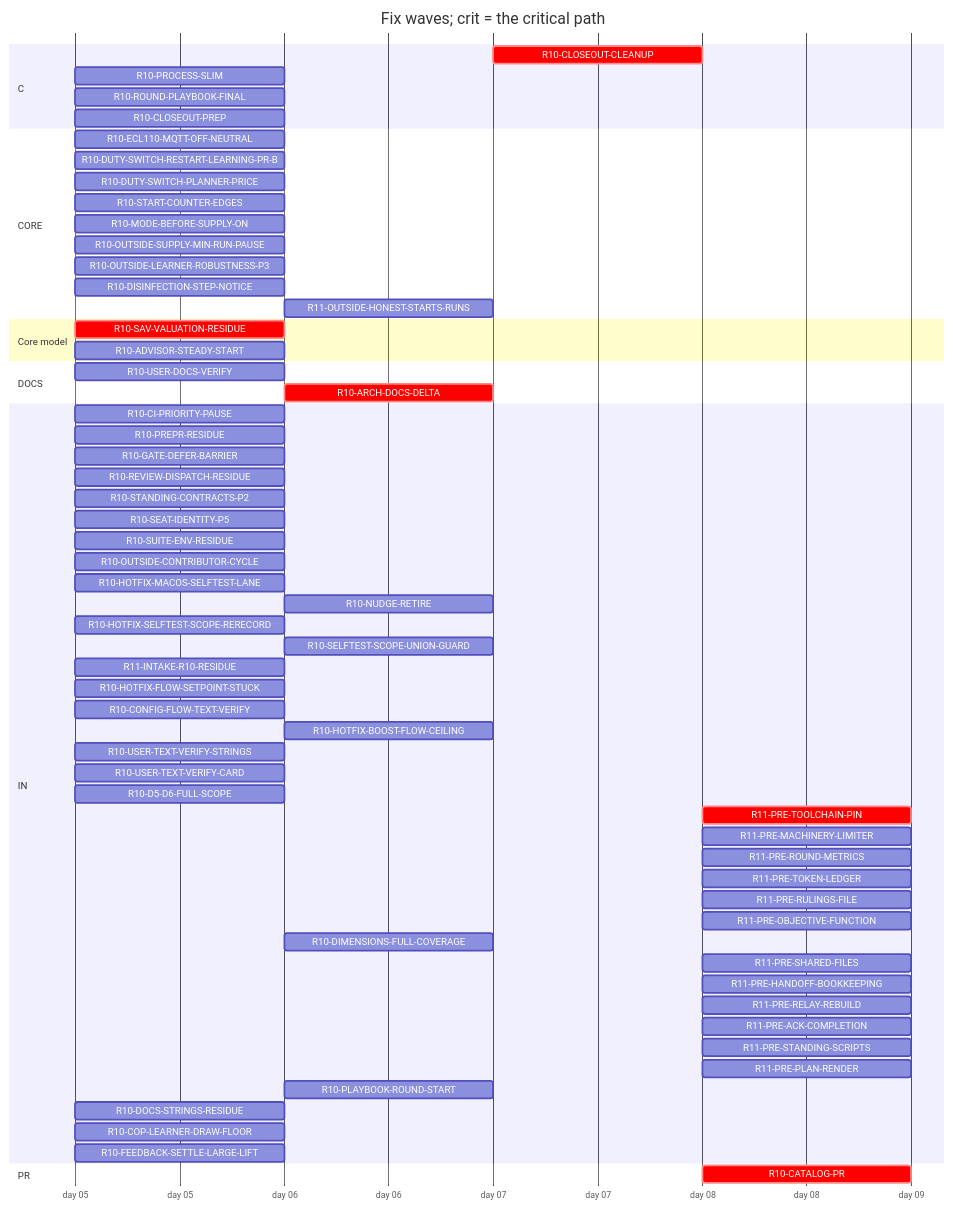
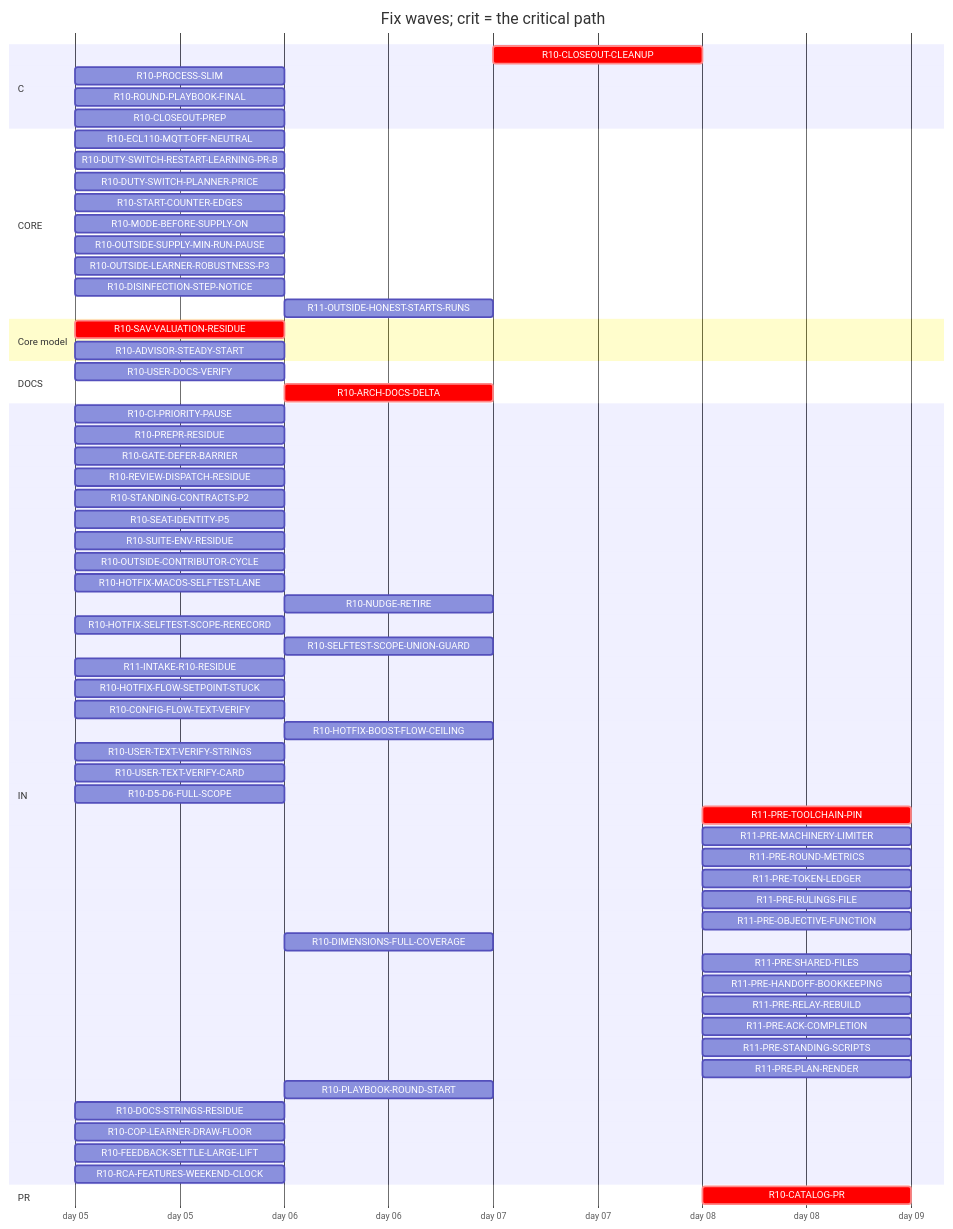
Before and after one commit to tvofi/heatpump_optimizer: the diagram in handoff/round10/state/PLAN-TABLE.md, drawn with Mermaid. The commit also changed other lines of this file and 4 other files, not shown here.

Commit message:
state: FLOW-BOARD.md, NEXT-SESSION-PROMPT.md, PLAN-TABLE.md, PLAN.html, RESUME-CURRENT.md regenerated (state_docs.py)

````diff
--- a/handoff/round10/state/PLAN-TABLE.md
+++ b/handoff/round10/state/PLAN-TABLE.md
@@ -19,66 +19,67 @@
 ```mermaid
 gantt
   title Fix waves; crit = the critical path
   dateFormat YYYY-MM-DD
   axisFormat day %d
   section C
     R10-CLOSEOUT-CLEANUP :crit, r10CLOSEOUTCLEANUP, after r10USERDOCSVERIFY r10CLOSEOUTPREP r10ARCHDOCSDELTA, 1d
     R10-PROCESS-SLIM :r10PROCESSSLIM, 2026-01-05, 1d
     R10-ROUND-PLAYBOOK-FINAL :r10ROUNDPLAYBOOKFINAL, 2026-01-05, 1d
     R10-CLOSEOUT-PREP :r10CLOSEOUTPREP, 2026-01-05, 1d
   section CORE
     R10-ECL110-MQTT-OFF-NEUTRAL :r10ECL110MQTTOFFNEUTRAL, 2026-01-05, 1d
     R10-DUTY-SWITCH-RESTART-LEARNING-PR-B :r10DUTYSWITCHRESTARTLEARNINGPRB, 2026-01-05, 1d
     R10-DUTY-SWITCH-PLANNER-PRICE :r10DUTYSWITCHPLANNERPRICE, 2026-01-05, 1d
     R10-START-COUNTER-EDGES :r10STARTCOUNTEREDGES, 2026-01-05, 1d
     R10-MODE-BEFORE-SUPPLY-ON :r10MODEBEFORESUPPLYON, 2026-01-05, 1d
     R10-OUTSIDE-SUPPLY-MIN-RUN-PAUSE :r10OUTSIDESUPPLYMINRUNPAUSE, 2026-01-05, 1d
     R10-OUTSIDE-LEARNER-ROBUSTNESS-P3 :r10OUTSIDELEARNERROBUSTNESSP3, 2026-01-05, 1d
     R10-DISINFECTION-STEP-NOTICE :r10DISINFECTIONSTEPNOTICE, 2026-01-05, 1d
     R11-OUTSIDE-HONEST-STARTS-RUNS :r11OUTSIDEHONESTSTARTSRUNS, after r10DUTYSWITCHPLANNERPRICE r10OUTSIDESUPPLYMINRUNPAUSE r10ADVISORSTEADYSTART, 1d
   section Core model
     R10-SAV-VALUATION-RESIDUE :crit, r10SAVVALUATIONRESIDUE, 2026-01-05, 1d
     R10-ADVISOR-STEADY-START :r10ADVISORSTEADYSTART, 2026-01-05, 1d
   section DOCS
     R10-USER-DOCS-VERIFY :r10USERDOCSVERIFY, 2026-01-05, 1d
     R10-ARCH-DOCS-DELTA :crit, r10ARCHDOCSDELTA, after r10SAVVALUATIONRESIDUE r10ADVISORSTEADYSTART, 1d
   section IN
     R10-CI-PRIORITY-PAUSE :r10CIPRIORITYPAUSE, 2026-01-05, 1d
     R10-PREPR-RESIDUE :r10PREPRRESIDUE, 2026-01-05, 1d
     R10-GATE-DEFER-BARRIER :r10GATEDEFERBARRIER, 2026-01-05, 1d
     R10-REVIEW-DISPATCH-RESIDUE :r10REVIEWDISPATCHRESIDUE, 2026-01-05, 1d
     R10-STANDING-CONTRACTS-P2 :r10STANDINGCONTRACTSP2, 2026-01-05, 1d
     R10-SEAT-IDENTITY-P5 :r10SEATIDENTITYP5, 2026-01-05, 1d
     R10-SUITE-ENV-RESIDUE :r10SUITEENVRESIDUE, 2026-01-05, 1d
     R10-OUTSIDE-CONTRIBUTOR-CYCLE :r10OUTSIDECONTRIBUTORCYCLE, 2026-01-05, 1d
     R10-HOTFIX-MACOS-SELFTEST-LANE :r10HOTFIXMACOSSELFTESTLANE, 2026-01-05, 1d
     R10-NUDGE-RETIRE :r10NUDGERETIRE, after r10ROUNDPLAYBOOKFINAL, 1d
     R10-HOTFIX-SELFTEST-SCOPE-RERECORD :r10HOTFIXSELFTESTSCOPERERECORD, 2026-01-05, 1d
     R10-SELFTEST-SCOPE-UNION-GUARD :r10SELFTESTSCOPEUNIONGUARD, after r10HOTFIXSELFTESTSCOPERERECORD, 1d
     R11-INTAKE-R10-RESIDUE :r11INTAKER10RESIDUE, 2026-01-05, 1d
     R10-HOTFIX-FLOW-SETPOINT-STUCK :r10HOTFIXFLOWSETPOINTSTUCK, 2026-01-05, 1d
     R10-CONFIG-FLOW-TEXT-VERIFY :r10CONFIGFLOWTEXTVERIFY, 2026-01-05, 1d
     R10-HOTFIX-BOOST-FLOW-CEILING :r10HOTFIXBOOSTFLOWCEILING, after r10HOTFIXFLOWSETPOINTSTUCK, 1d
     R10-USER-TEXT-VERIFY-STRINGS :r10USERTEXTVERIFYSTRINGS, 2026-01-05, 1d
     R10-USER-TEXT-VERIFY-CARD :r10USERTEXTVERIFYCARD, 2026-01-05, 1d
     R10-D5-D6-FULL-SCOPE :r10D5D6FULLSCOPE, 2026-01-05, 1d
     R11-PRE-TOOLCHAIN-PIN :crit, r11PRETOOLCHAINPIN, after r10CATALOGPR, 1d
     R11-PRE-MACHINERY-LIMITER :r11PREMACHINERYLIMITER, after r10CATALOGPR, 1d
     R11-PRE-ROUND-METRICS :r11PREROUNDMETRICS, after r10CATALOGPR, 1d
     R11-PRE-TOKEN-LEDGER :r11PRETOKENLEDGER, after r10CATALOGPR, 1d
     R11-PRE-RULINGS-FILE :r11PRERULINGSFILE, after r10CATALOGPR, 1d
     R11-PRE-OBJECTIVE-FUNCTION :r11PREOBJECTIVEFUNCTION, after r10CATALOGPR, 1d
     R10-DIMENSIONS-FULL-COVERAGE :r10DIMENSIONSFULLCOVERAGE, after r10D5D6FULLSCOPE, 1d
     R11-PRE-SHARED-FILES :r11PRESHAREDFILES, after r10CATALOGPR, 1d
     R11-PRE-HANDOFF-BOOKKEEPING :r11PREHANDOFFBOOKKEEPING, after r10CATALOGPR, 1d
     R11-PRE-RELAY-REBUILD :r11PRERELAYREBUILD, after r10CATALOGPR, 1d
     R11-PRE-ACK-COMPLETION :r11PREACKCOMPLETION, after r10CATALOGPR, 1d
     R11-PRE-STANDING-SCRIPTS :r11PRESTANDINGSCRIPTS, after r10CATALOGPR, 1d
     R11-PRE-PLAN-RENDER :r11PREPLANRENDER, after r10CATALOGPR, 1d
     R10-PLAYBOOK-ROUND-START :r10PLAYBOOKROUNDSTART, after r10ROUNDPLAYBOOKFINAL, 1d
     R10-DOCS-STRINGS-RESIDUE :r10DOCSSTRINGSRESIDUE, 2026-01-05, 1d
     R10-COP-LEARNER-DRAW-FLOOR :r10COPLEARNERDRAWFLOOR, 2026-01-05, 1d
     R10-FEEDBACK-SETTLE-LARGE-LIFT :r10FEEDBACKSETTLELARGELIFT, 2026-01-05, 1d
+    R10-RCA-FEATURES-WEEKEND-CLOCK :r10RCAFEATURESWEEKENDCLOCK, 2026-01-05, 1d
   section PR
     R10-CATALOG-PR :crit, r10CATALOGPR, after r10USERDOCSVERIFY r10CLOSEOUTCLEANUP r10CLOSEOUTPREP r10ARCHDOCSDELTA, 1d
 ```
````
